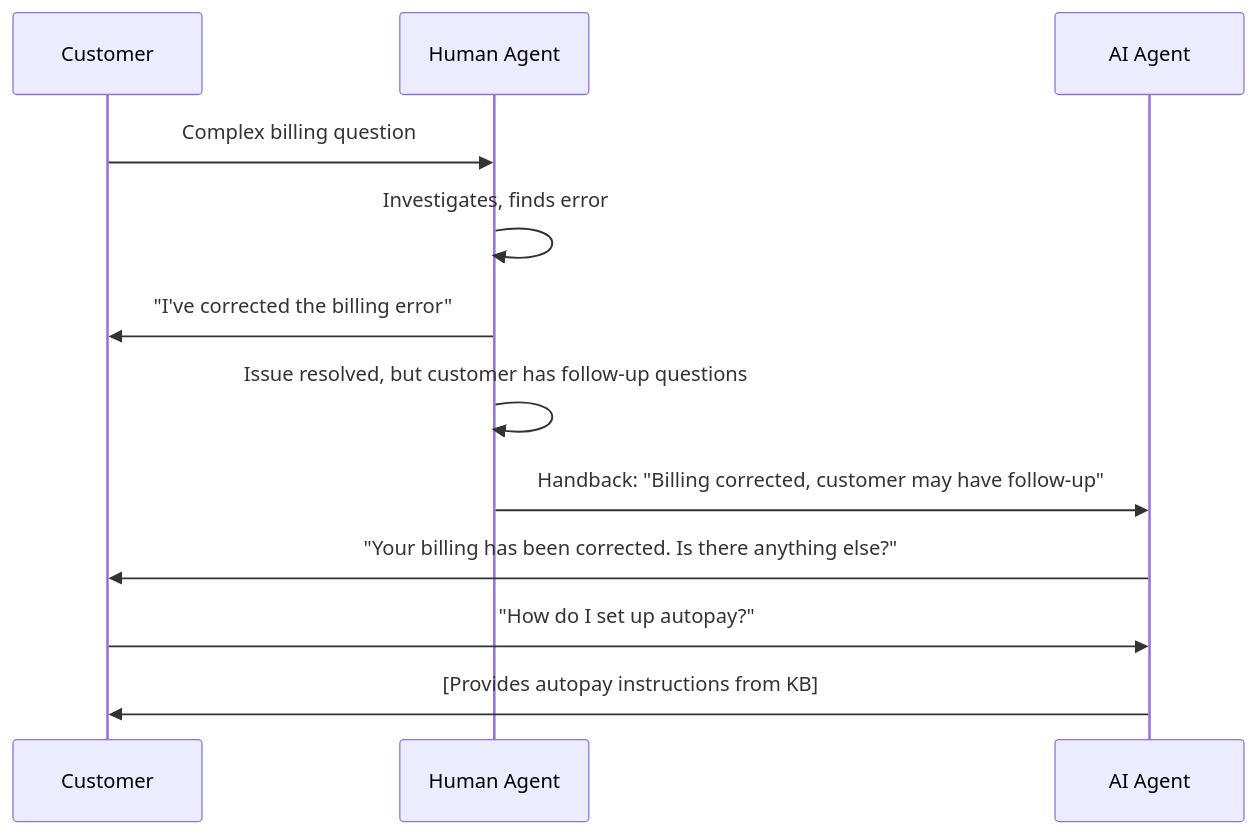
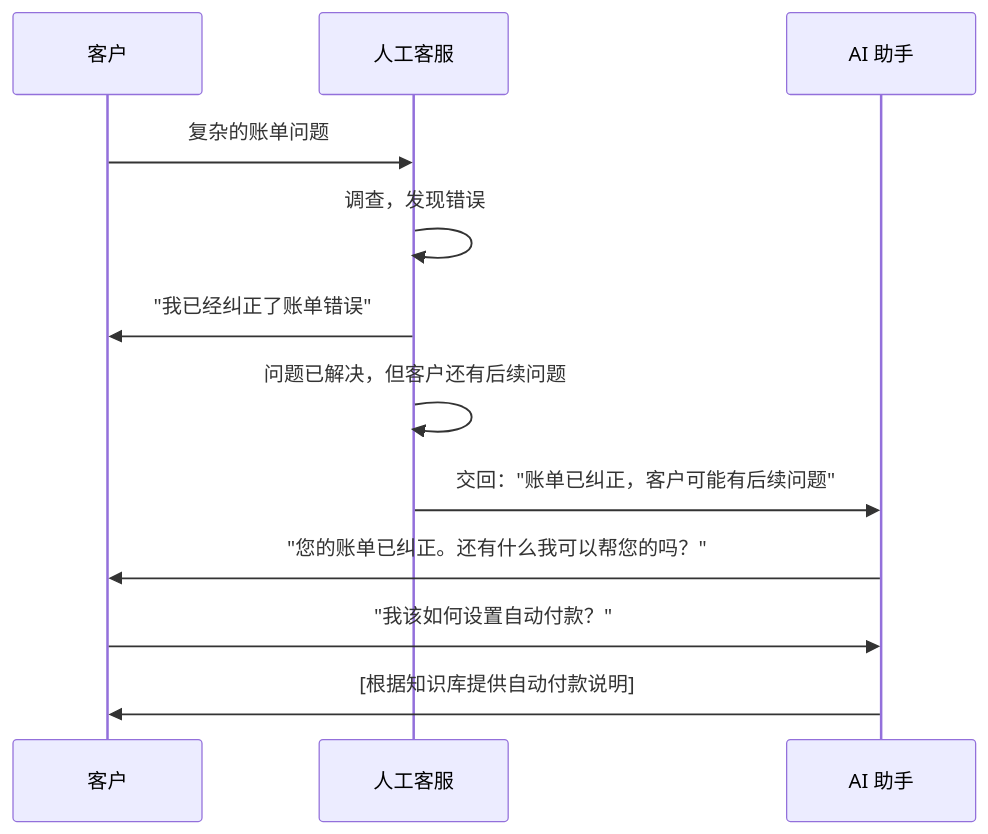
One commit to stars-labs/ai-driven-customer-service changed the fourth of 4 diagrams in i18n/zh/docusaurus-plugin-content-docs/current/09-human-handoff.md. Above: the diagram before and after it, drawn with Mermaid. The commit also changed other lines of this file and 15 other files, not shown here.

````diff
--- a/i18n/zh/docusaurus-plugin-content-docs/current/09-human-handoff.md
+++ b/i18n/zh/docusaurus-plugin-content-docs/current/09-human-handoff.md
@@ -260,15 +260,15 @@
 ```mermaid
 sequenceDiagram
-    participant C as Customer
-    participant H as Human Agent
-    participant AI as AI Agent
+    participant C as 客户
+    participant H as 人工客服
+    participant AI as AI 助手
 
-    C->>H: Complex billing question
-    H->>H: Investigates, finds error
-    H->>C: "I've corrected the billing error"
-    H->>H: Issue resolved, but customer has follow-up questions
-    H->>AI: Handback: "Billing corrected, customer may have follow-up"
-    AI->>C: "Your billing has been corrected. Is there anything else?"
-    C->>AI: "How do I set up autopay?"
-    AI->>C: [Provides autopay instructions from KB]
+    C->>H: 复杂的账单问题
+    H->>H: 调查，发现错误
+    H->>C: "我已经纠正了账单错误"
+    H->>H: 问题已解决，但客户还有后续问题
+    H->>AI: 交回："账单已纠正，客户可能有后续问题"
+    AI->>C: "您的账单已纠正。还有什么我可以帮您的吗？"
+    C->>AI: "我该如何设置自动付款？"
+    AI->>C: [根据知识库提供自动付款说明]
 ```
````
